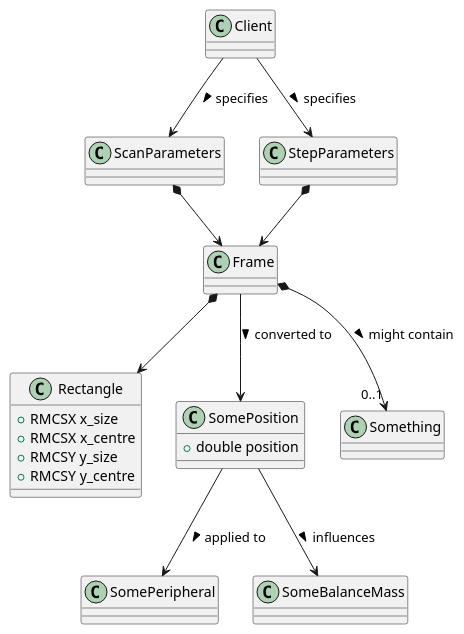
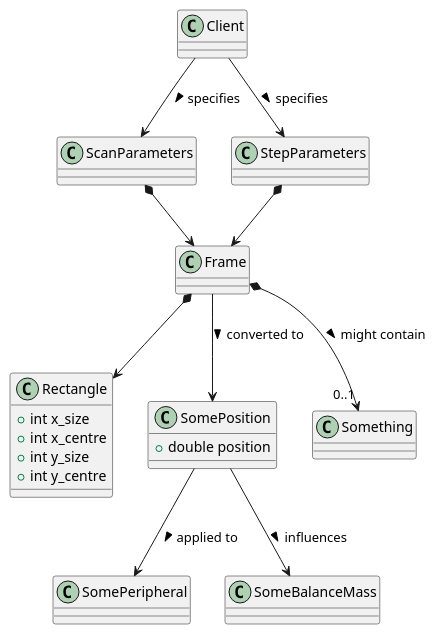
Before and after one commit to QuickSander/scratchboard: the diagram in eds_rema_software_euv2/domain_model.plantuml, drawn with PlantUML.

```diff
--- a/eds_rema_software_euv2/domain_model.plantuml
+++ b/eds_rema_software_euv2/domain_model.plantuml
@@ -1,27 +1,27 @@
 @startuml
 class Rectangle {
-  + RMCSX x_size
-  + RMCSX x_centre
-  + RMCSY y_size
-  + RMCSY y_centre
+  + int x_size
+  + int x_centre
+  + int y_size
+  + int y_centre
 }
 
 class SomePosition {
   + double position
 }
 
 Client --> ScanParameters : specifies >
 Client --> StepParameters : specifies >
 ScanParameters *--> Frame
 StepParameters *--> Frame
 
 Frame *--> Rectangle
 
 Frame *--> “0..1” Something : might contain >
 
 Frame --> SomePosition : converted to >
 SomePosition --> SomePeripheral : applied to >
 SomePosition --> SomeBalanceMass : influences > 
 
 
 @enduml
```
